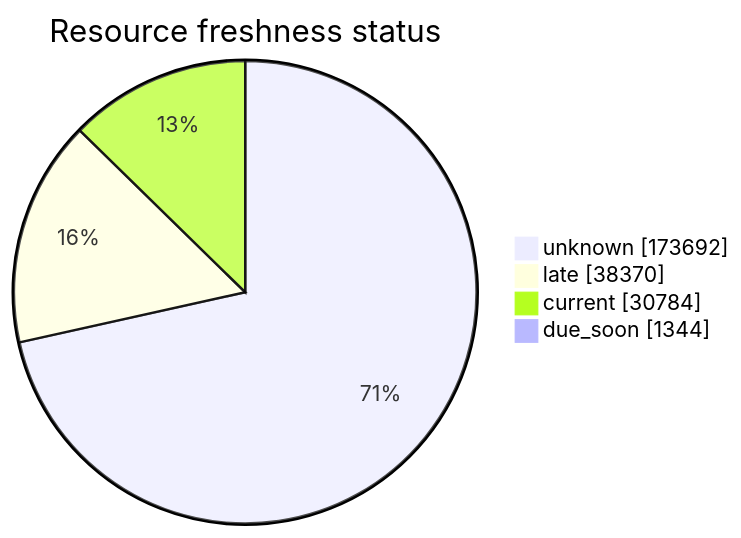
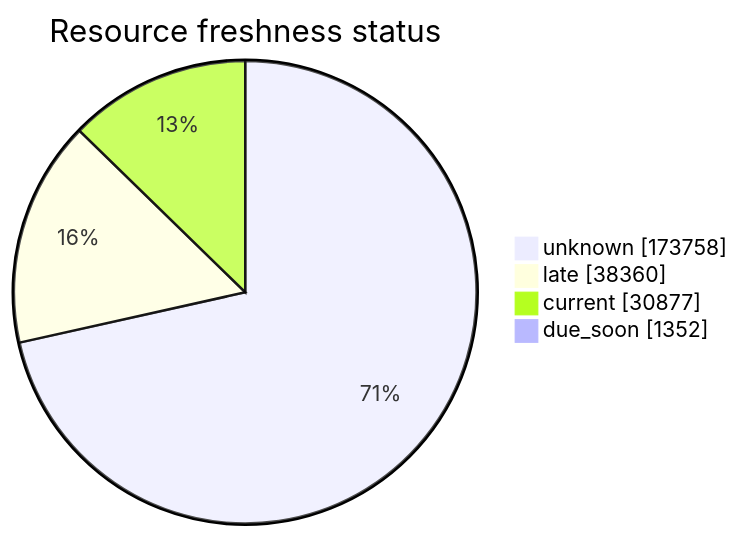
The third of 5 diagrams in FreshCheck/README.md (open-data/analytics-corporate-reporting), drawn with Mermaid before and after one commit. The commit also changed other lines of this file and 3 other files, not shown here.

````diff
--- a/FreshCheck/README.md
+++ b/FreshCheck/README.md
@@ -77,7 +77,7 @@
 ```mermaid
 pie showData title Resource freshness status
-    "unknown": 173692
-    "late": 38370
-    "current": 30784
-    "due_soon": 1344
+    "unknown": 173758
+    "late": 38360
+    "current": 30877
+    "due_soon": 1352
 ```
````
